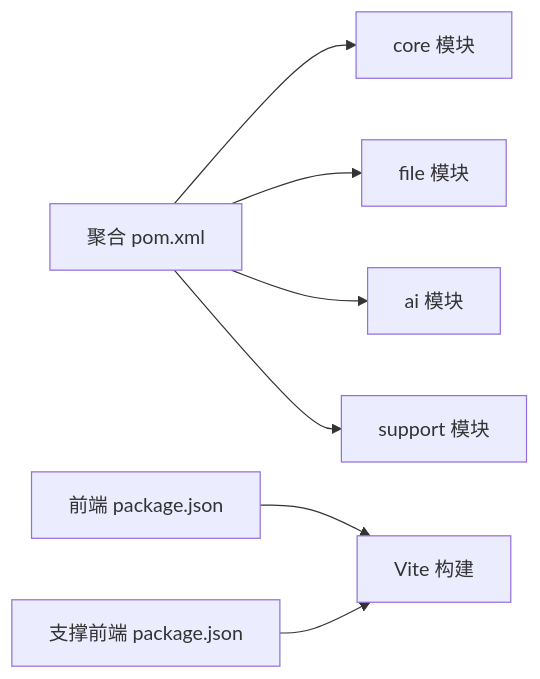
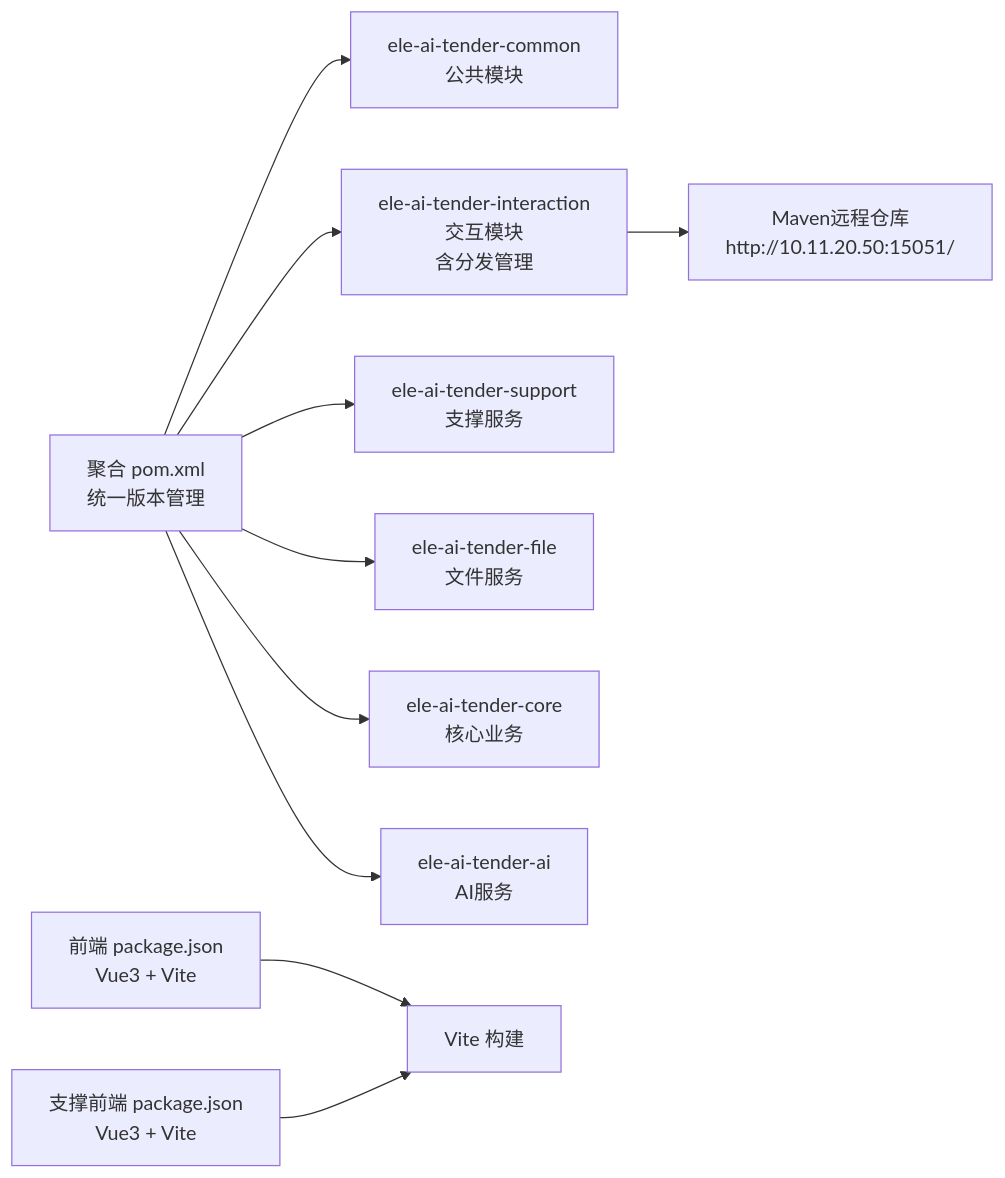
Before and after one commit to DrunkFood/First: the sixth of 6 diagrams in .qoder/repowiki/zh/content/部署运维/CI_CD流水线.md, drawn with Mermaid. The commit also changed other lines of this file and 66 other files, not shown here.

````diff
--- a/.qoder/repowiki/zh/content/部署运维/CI_CD流水线.md
+++ b/.qoder/repowiki/zh/content/部署运维/CI_CD流水线.md
@@ -230,9 +322,12 @@
 ```mermaid
 graph LR
-POM["聚合 pom.xml"] --> Core["core 模块"]
-POM --> File["file 模块"]
-POM --> AI["ai 模块"]
-POM --> Support["support 模块"]
-FE1["前端 package.json"] --> WebBuild["Vite 构建"]
-FE2["支撑前端 package.json"] --> WebBuild
+POM["聚合 pom.xml<br/>统一版本管理"] --> Common["ele-ai-tender-common<br/>公共模块"]
+POM --> Interaction["ele-ai-tender-interaction<br/>交互模块<br/>含分发管理"]
+POM --> Support["ele-ai-tender-support<br/>支撑服务"]
+POM --> File["ele-ai-tender-file<br/>文件服务"]
+POM --> Core["ele-ai-tender-core<br/>核心业务"]
+POM --> AI["ele-ai-tender-ai<br/>AI服务"]
+Interaction --> RemoteRepo["Maven远程仓库<br/>http://10.11.20.50:15051/"]
+FE1["前端 package.json<br/>Vue3 + Vite"] --> WebBuild["Vite 构建"]
+FE2["支撑前端 package.json<br/>Vue3 + Vite"] --> WebBuild
 ```
````
